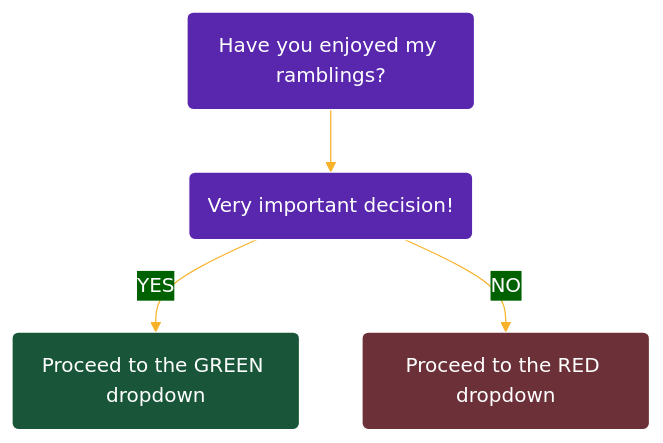
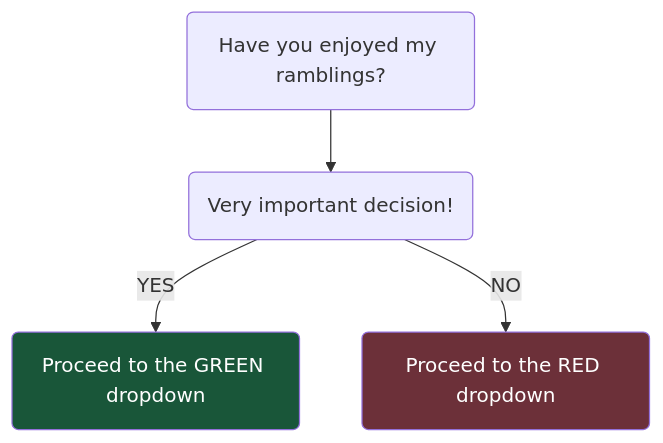
One commit to abukhi148/abukhi148.github.io changed the diagram in content/posts/hello-world/index.md. Above: the diagram before and after it, drawn with Mermaid. The commit also changed other lines of this file, not shown here.

Commit message:
mermaid test

```diff
--- a/content/posts/hello-world/index.md
+++ b/content/posts/hello-world/index.md
@@ -52,18 +53,8 @@
 {{< mermaid >}}
-%%{init: {'theme': 'base',
-  'themeVariables': {
-    'primaryColor': '#5827ae',
-    'primaryTextColor': '#fff',
-    'primaryBorderColor': '#fff',
-    'secondaryColor': '#006100',
-    'secondaryBorderColor': '#ffff',
-    'lineColor': '#f8b229',
-    'tertiaryColor': '#ffffff',
-    'fontFamily':'monospace'}}}%%
 graph TD;
     A(Have you enjoyed my ramblings?) --> Answer(Very important decision!)
     Answer -->|YES| 1(Proceed to the GREEN dropdown)
     Answer -->|NO| 2(Proceed to the RED dropdown)
     style 1 fill:#195639,color:#fff
     style 2 fill:#6c3039,color:#fff
 {{< /mermaid >}}
```
